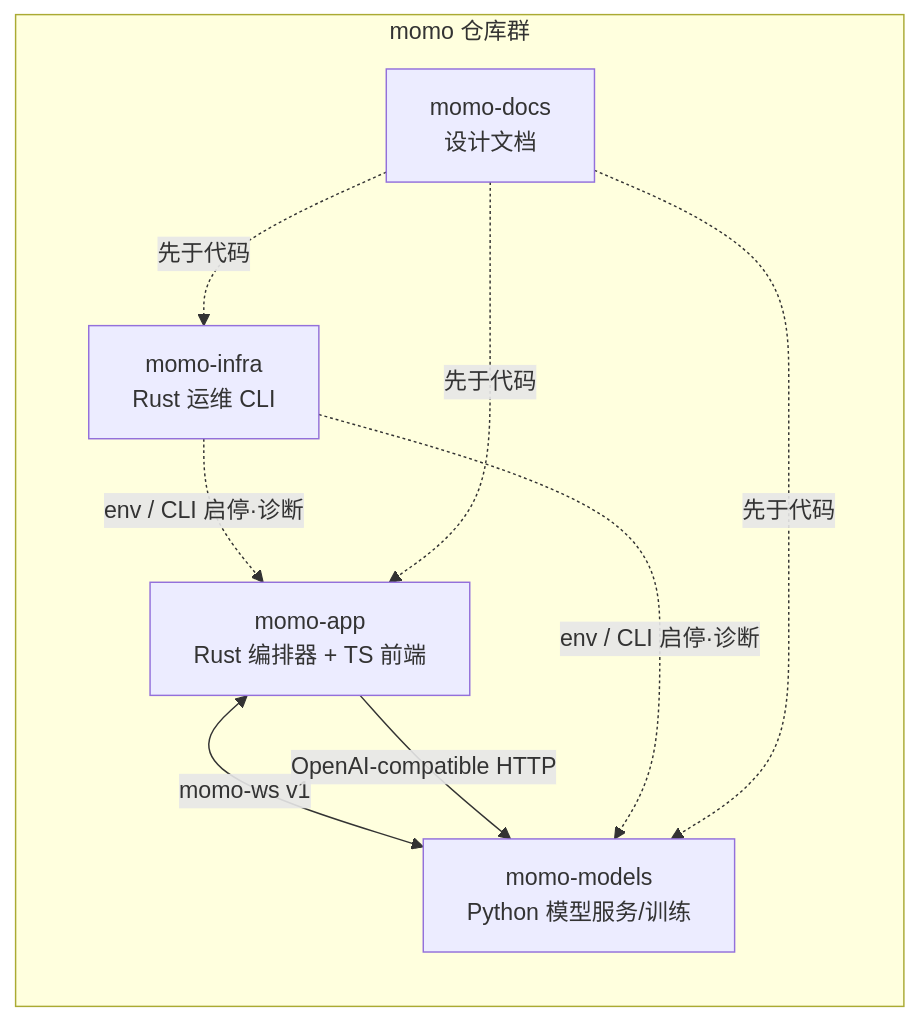
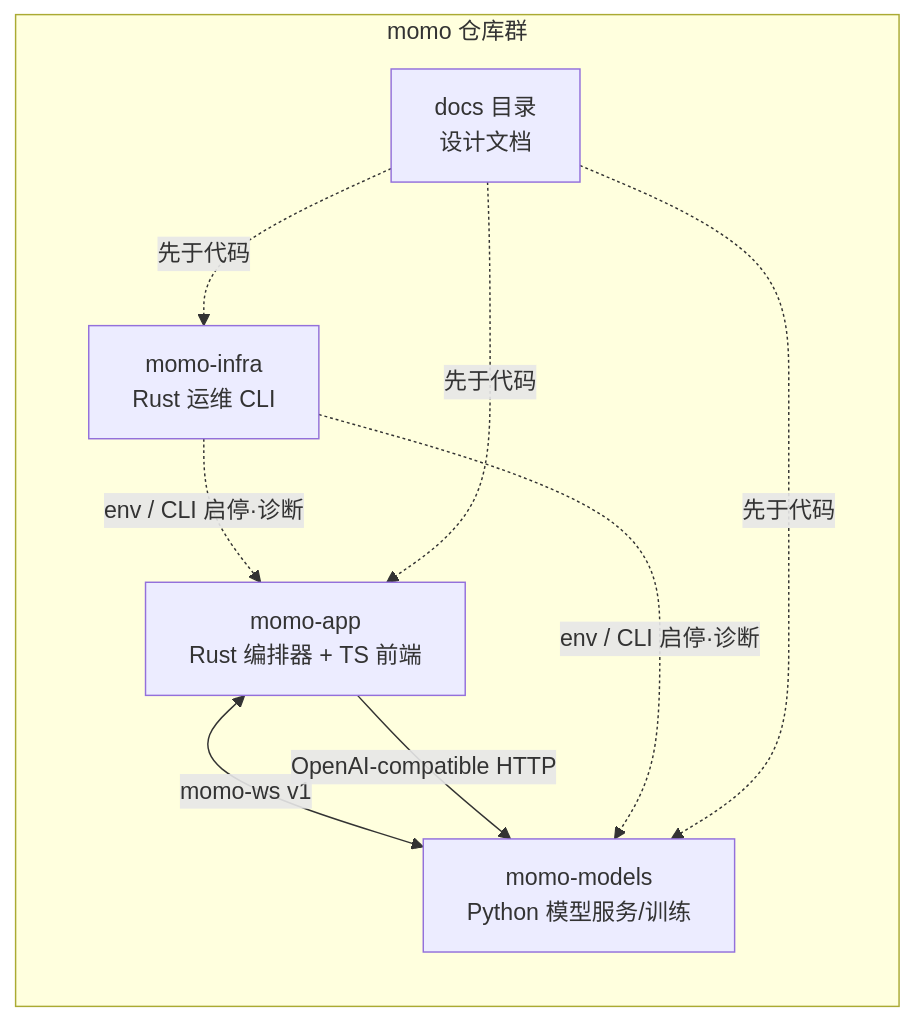
Before and after one commit to Momoyeyu/momo: the diagram in docs/README.md, drawn with Mermaid. The commit also changed other lines of this file and 105 other files, not shown here.

````diff
--- a/docs/README.md
+++ b/docs/README.md
@@ -16,14 +16,14 @@
 ```mermaid
 flowchart LR
     subgraph REPOS["momo 仓库群"]
-        DOCS["momo-docs<br/>设计文档"]
+        DOCS["docs 目录<br/>设计文档"]
         APP["momo-app<br/>Rust 编排器 + TS 前端"]
         MODELS["momo-models<br/>Python 模型服务/训练"]
         INFRA["momo-infra<br/>Rust 运维 CLI"]
     end
 
     APP <-->|"momo-ws v1"| MODELS
     APP -->|"OpenAI-compatible HTTP"| MODELS
     INFRA -.->|"env / CLI 启停·诊断"| APP & MODELS
     DOCS -.->|"先于代码"| APP & MODELS & INFRA
 ```
````
